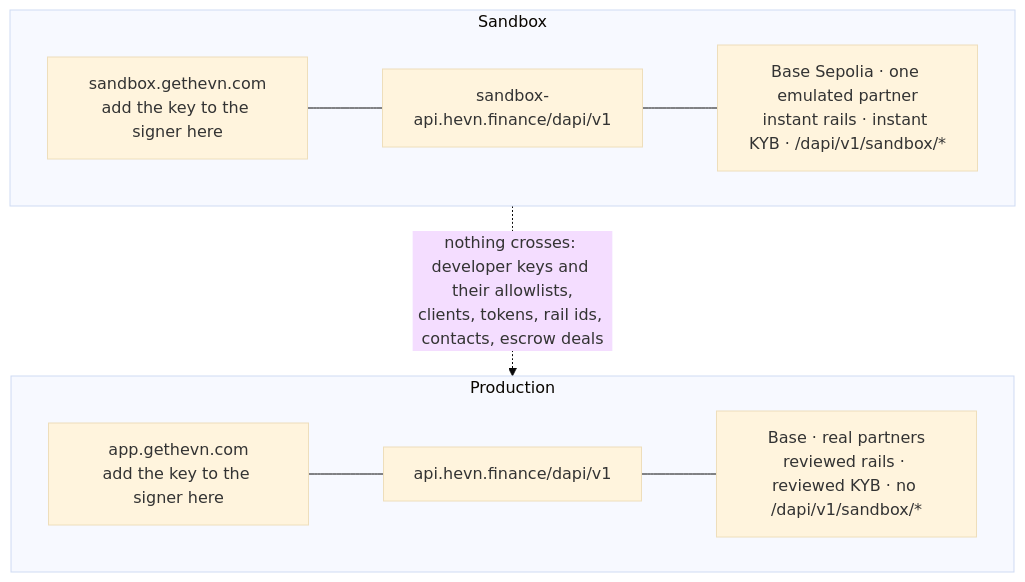
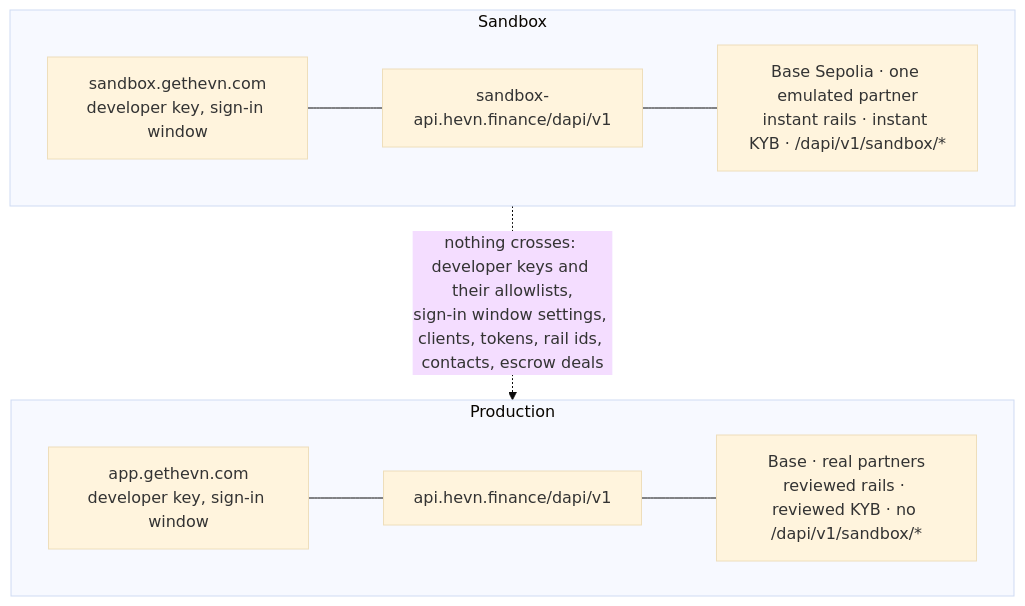
Before and after one commit to hevn-inc/docs: the diagram in whitelabel/going-live.mdx, drawn with Mermaid (base theme). The commit also changed other lines of this file and 29 other files, not shown here.

````diff
--- a/whitelabel/going-live.mdx
+++ b/whitelabel/going-live.mdx
@@ -10,16 +10,16 @@
 ```mermaid
 flowchart TB
     subgraph Sandbox
-        SA["sandbox.gethevn.com<br/>add the key to the signer here"]
+        SA["sandbox.gethevn.com<br/>developer key, sign-in window"]
         SB["sandbox-api.hevn.finance/dapi/v1"]
         SC["Base Sepolia · one emulated partner<br/>instant rails · instant KYB · /dapi/v1/sandbox/*"]
         SA --- SB --- SC
     end
     subgraph Production
-        PA["app.gethevn.com<br/>add the key to the signer here"]
+        PA["app.gethevn.com<br/>developer key, sign-in window"]
         PB["api.hevn.finance/dapi/v1"]
         PC["Base · real partners<br/>reviewed rails · reviewed KYB · no /dapi/v1/sandbox/*"]
         PA --- PB --- PC
     end
-    Sandbox -. "nothing crosses: developer keys and their allowlists,<br/>clients, tokens, rail ids, contacts, escrow deals" .-> Production
+    Sandbox -. "nothing crosses: developer keys and their allowlists,<br/>sign-in window settings, clients, tokens, rail ids, contacts, escrow deals" .-> Production
 ```
````
